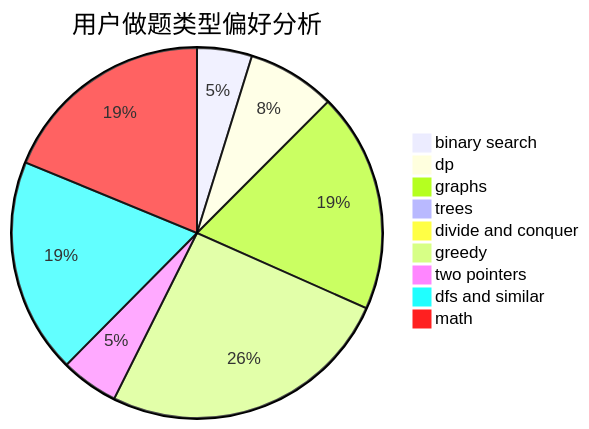
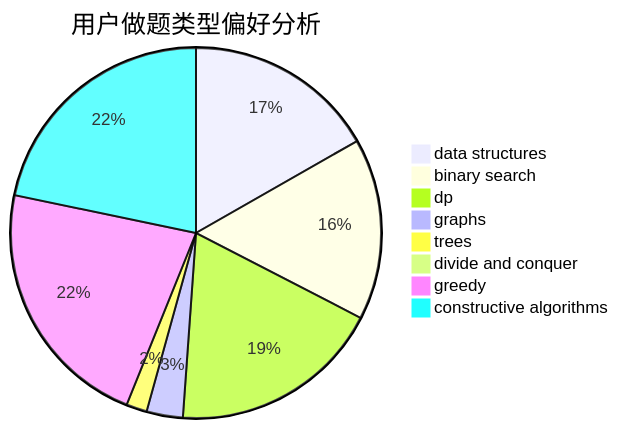
One commit to sherpahu/cfrs.github.io changed the second of 3 diagrams in docs/user/u619.md. Above: the diagram before and after it, drawn with Mermaid. The commit also changed other lines of this file and 2775 other files, not shown here.

````diff
--- a/docs/user/u619.md
+++ b/docs/user/u619.md
@@ -23,12 +23,11 @@
 ```mermaid
 pie title 用户做题类型偏好分析
-    "binary search" :  38
-    "dp" :  61
-    "graphs" :  152
+    "data structures" :  37
+    "binary search" :  35
+    "dp" :  41
+    "graphs" :  7
     "trees" :  4
     "divide and conquer" :  0
-    "greedy" :  204
-    "two pointers" :  40
-    "dfs and similar" :  149
-    "math" :  149
+    "greedy" :  49
+    "constructive algorithms" :  48
 ```
````
